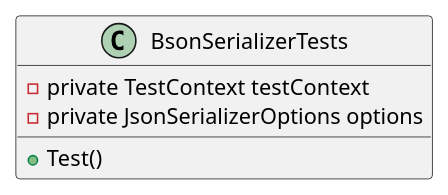
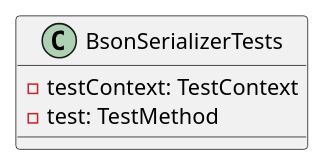
Before and after one commit to mwwhited-forks/dotnet-libs: the seventh of 9 diagrams in docs/generated/Framework/Eliassen.System.Tests/Text/Json/Documentation.md, drawn with PlantUML. The commit also changed other lines of this file and 444 other files, not shown here.

````diff
--- a/docs/generated/Framework/Eliassen.System.Tests/Text/Json/Documentation.md
+++ b/docs/generated/Framework/Eliassen.System.Tests/Text/Json/Documentation.md
@@ -50,9 +127,8 @@
 ```plantuml
 @startuml
 class BsonSerializerTests {
-  - private TestContext testContext
-  - private JsonSerializerOptions options
-  + Test()
+  - testContext: TestContext
+  - test: TestMethod
 }
 @enduml
 ```
````
